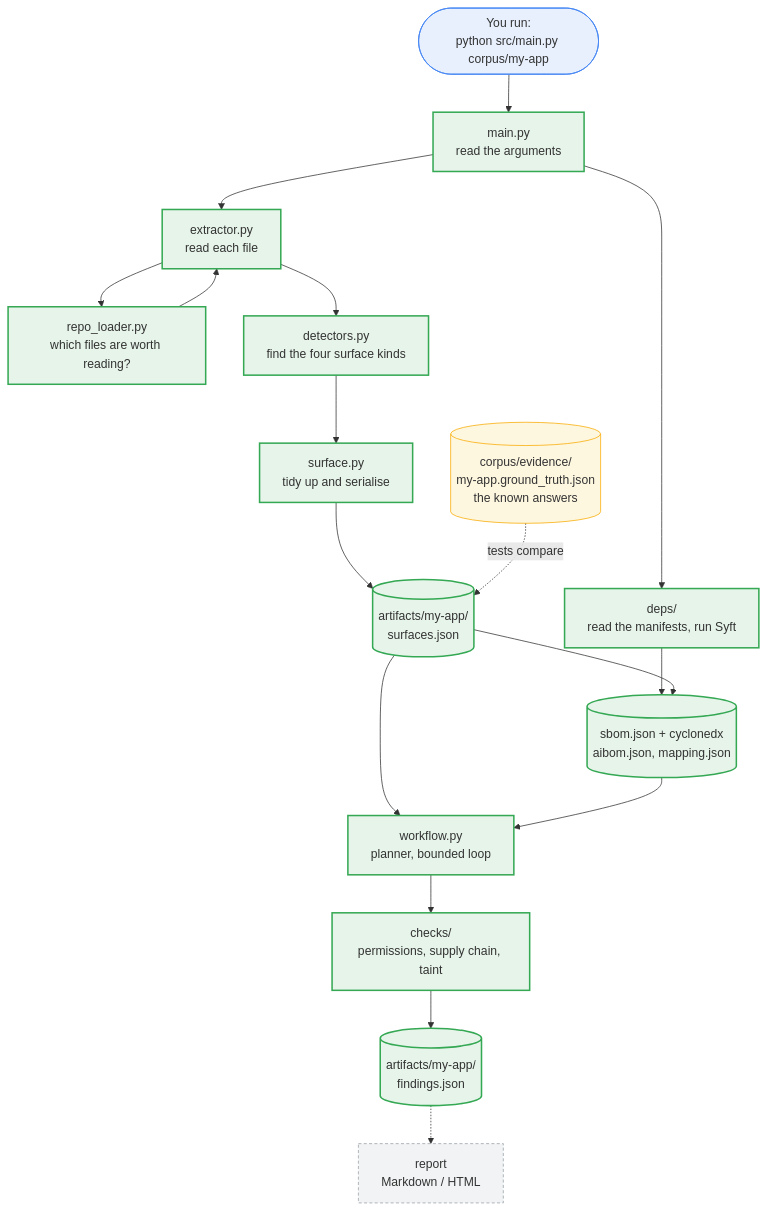
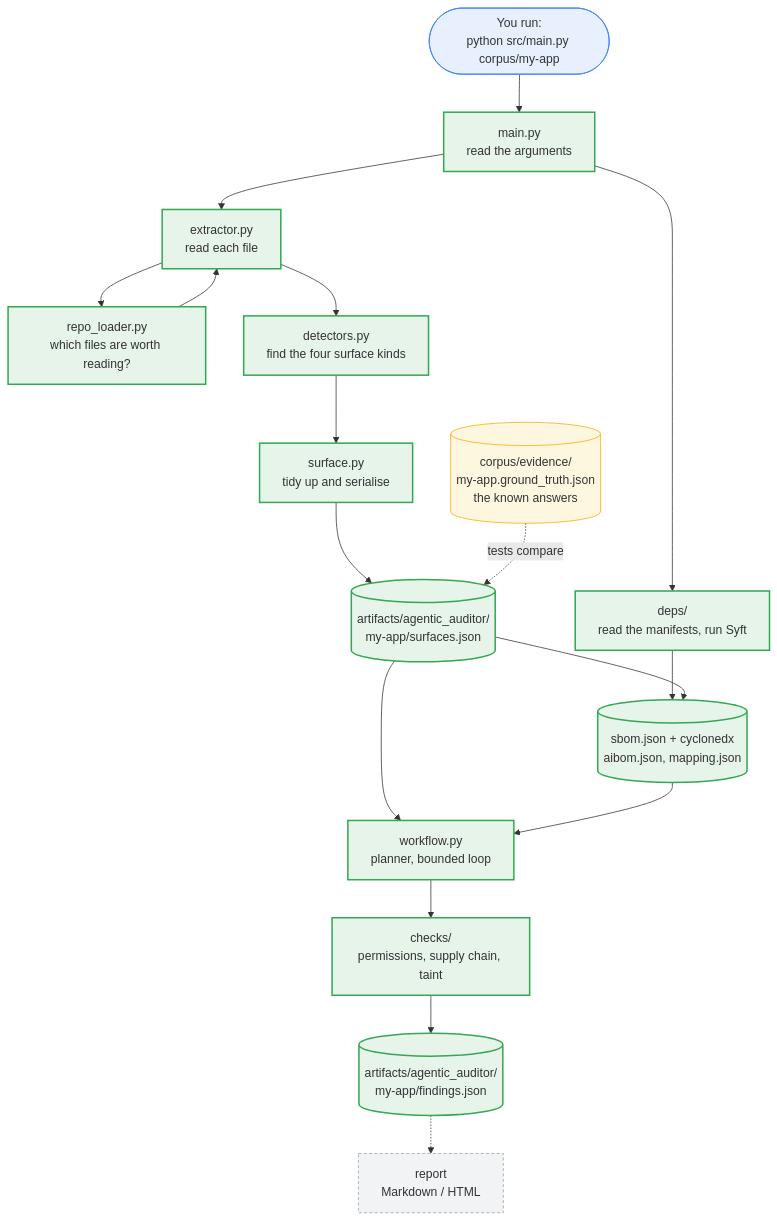
Before and after one commit to heinthtnaung/AgenticLLMAppAuditor: the first of 9 diagrams in docs/FLOW.md, drawn with Mermaid. The commit also changed other lines of this file and 4 other files, not shown here.

````diff
--- a/docs/FLOW.md
+++ b/docs/FLOW.md
@@ -17,29 +17,29 @@
 ```mermaid
 flowchart TD
     U([You run:<br/>python src/main.py corpus/my-app]) --> M[main.py<br/>read the arguments]
     M --> X[extractor.py<br/>read each file]
     X --> L[repo_loader.py<br/>which files are worth reading?]
     L --> X
     X --> D[detectors.py<br/>find the four surface kinds]
     D --> S[surface.py<br/>tidy up and serialise]
-    S --> A[(artifacts/my-app/<br/>surfaces.json)]
+    S --> A[(artifacts/agentic_auditor/<br/>my-app/surfaces.json)]
 
     M --> DEP[deps/<br/>read the manifests, run Syft]
     DEP --> B[(sbom.json + cyclonedx<br/>aibom.json, mapping.json)]
     A --> B
 
     A --> W[workflow.py<br/>planner, bounded loop]
     B --> W
     W --> CK[checks/<br/>permissions, supply chain, taint]
-    CK --> F[(artifacts/my-app/<br/>findings.json)]
+    CK --> F[(artifacts/agentic_auditor/<br/>my-app/findings.json)]
     F -.-> REP[report<br/>Markdown / HTML]
 
     GT[(corpus/evidence/<br/>my-app.ground_truth.json<br/>the known answers)] -.->|tests compare| A
 
     classDef built fill:#e6f4ea,stroke:#34a853,stroke-width:2px
     classDef planned fill:#f1f3f4,stroke:#9aa0a6,stroke-dasharray:4 3
     class M,X,L,D,S,A,DEP,B,W,CK,F built
     class REP planned
     style U fill:#e8f0fe,stroke:#4285f4
     style GT fill:#fef7e0,stroke:#f9ab00
 ```
````
